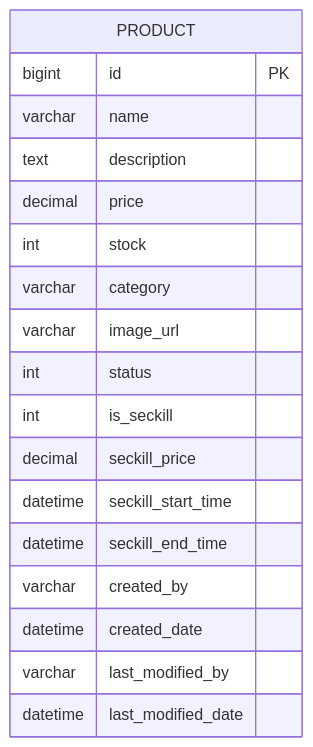
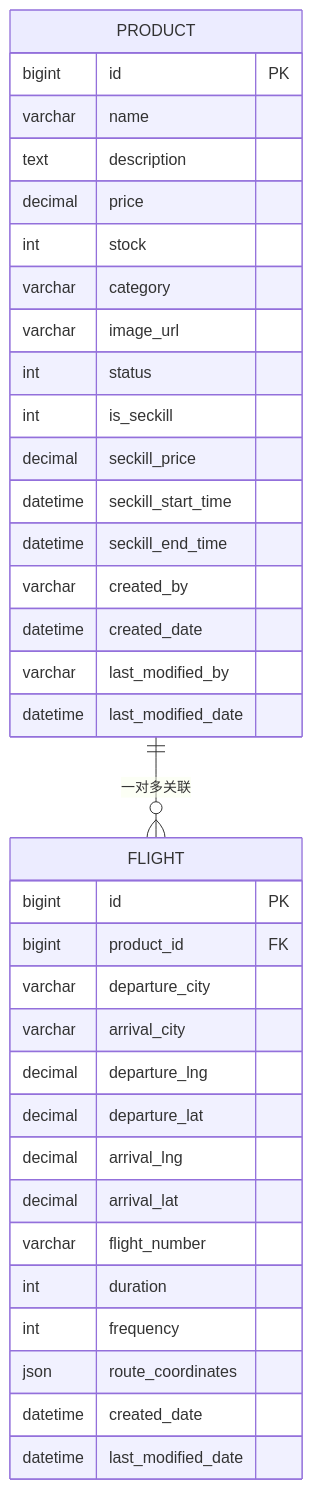
One commit to haohailiang/qoder-fullstack changed the ninth of 13 diagrams in .qoder/repowiki/zh/content/后端架构设计/商品服务/商品服务.md. Above: the diagram before and after it, drawn with Mermaid. The commit also changed other lines of this file and 45 other files, not shown here.

````diff
--- a/.qoder/repowiki/zh/content/后端架构设计/商品服务/商品服务.md
+++ b/.qoder/repowiki/zh/content/后端架构设计/商品服务/商品服务.md
@@ -306,21 +402,38 @@
 ```mermaid
 erDiagram
 PRODUCT {
 bigint id PK
 varchar name
 text description
 decimal price
 int stock
 varchar category
 varchar image_url
 int status
 int is_seckill
 decimal seckill_price
 datetime seckill_start_time
 datetime seckill_end_time
 varchar created_by
 datetime created_date
 varchar last_modified_by
 datetime last_modified_date
 }
+FLIGHT {
+bigint id PK
+bigint product_id FK
+varchar departure_city
+varchar arrival_city
+decimal departure_lng
+decimal departure_lat
+decimal arrival_lng
+decimal arrival_lat
+varchar flight_number
+int duration
+int frequency
+json route_coordinates
+datetime created_date
+datetime last_modified_date
+}
+PRODUCT ||--o{ FLIGHT : "一对多关联"
 ```
````
